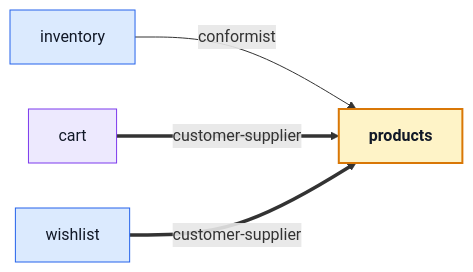
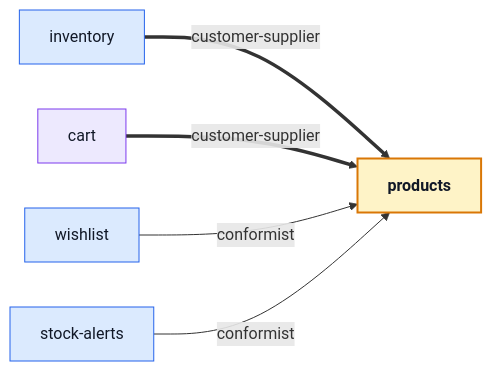
The first of 5 diagrams in docs/modules/products.md (Guebbit/boilerplate-vue-frontend), drawn with Mermaid before and after one commit. The commit also changed other lines of this file and 10 other files, not shown here.

````diff
--- a/docs/modules/products.md
+++ b/docs/modules/products.md
@@ -24,15 +24,16 @@
 ```mermaid
 %%{init: {'flowchart': {'nodeSpacing': 45, 'rankSpacing': 75}}}%%
 flowchart LR
-    inventory["inventory"] -->|"conformist"| products["<b>products</b>"]
+    inventory["inventory"] ==>|"customer-supplier"| products["<b>products</b>"]
     cart["cart"] ==>|"customer-supplier"| products["<b>products</b>"]
-    wishlist["wishlist"] ==>|"customer-supplier"| products["<b>products</b>"]
+    wishlist["wishlist"] -->|"conformist"| products["<b>products</b>"]
+    stockAlerts["stock-alerts"] -->|"conformist"| products["<b>products</b>"]
 
     classDef core fill:#ede9fe,stroke:#7c3aed,color:#111827;
     classDef supporting fill:#dbeafe,stroke:#2563eb,color:#111827;
     classDef generic fill:#ccfbf1,stroke:#0f766e,color:#111827;
     classDef self fill:#fef3c7,stroke:#d97706,color:#111827,stroke-width:2px;
     class cart core;
-    class wishlist,inventory supporting;
+    class wishlist,inventory,stockAlerts supporting;
     class products self;
 ```
````
